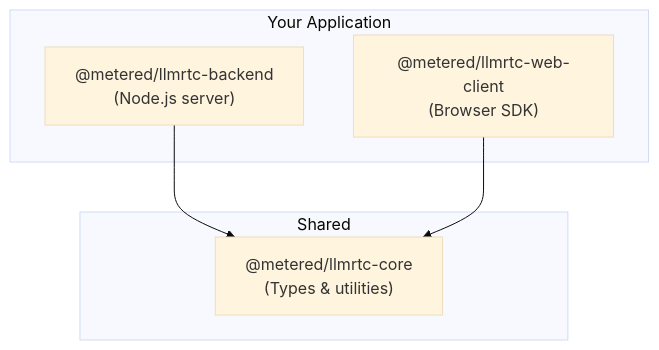
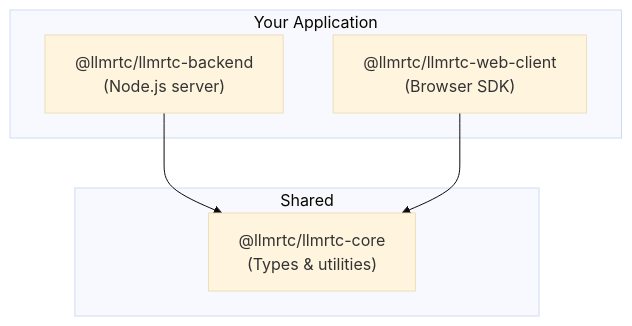
One commit to llmrtc/llmrtc changed the diagram in docs/docs/getting-started/installation.md. Above: the diagram before and after it, drawn with Mermaid (base theme). The commit also changed other lines of this file and 118 other files, not shown here.

````diff
--- a/docs/docs/getting-started/installation.md
+++ b/docs/docs/getting-started/installation.md
@@ -13,14 +13,14 @@
 ```mermaid
 flowchart TD
     subgraph "Your Application"
-        BACKEND["@metered/llmrtc-backend<br/>(Node.js server)"]
-        WEB["@metered/llmrtc-web-client<br/>(Browser SDK)"]
+        BACKEND["@llmrtc/llmrtc-backend<br/>(Node.js server)"]
+        WEB["@llmrtc/llmrtc-web-client<br/>(Browser SDK)"]
     end
 
     subgraph "Shared"
-        CORE["@metered/llmrtc-core<br/>(Types & utilities)"]
+        CORE["@llmrtc/llmrtc-core<br/>(Types & utilities)"]
     end
 
     BACKEND --> CORE
     WEB --> CORE
 ```
````
